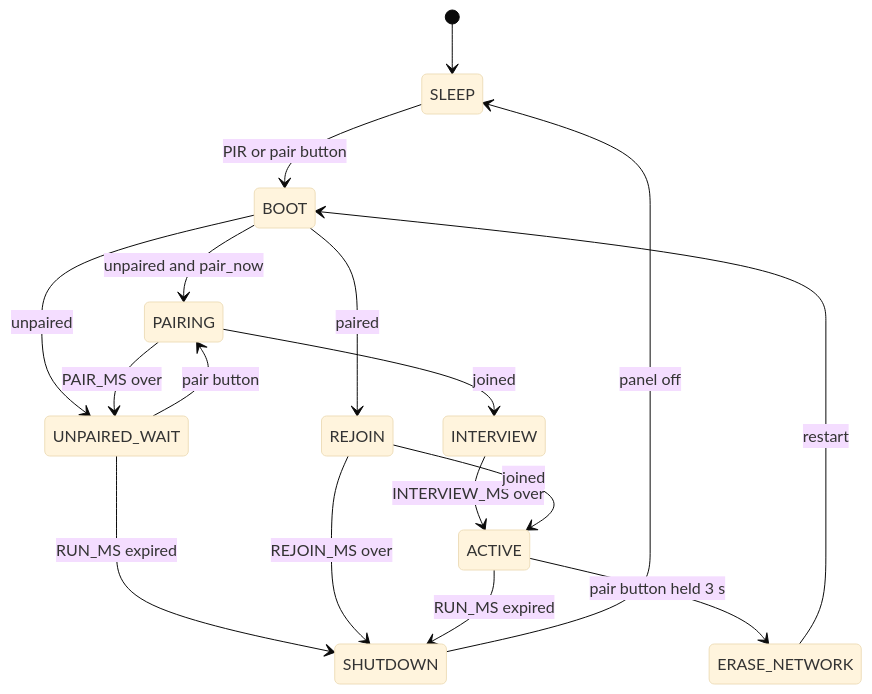
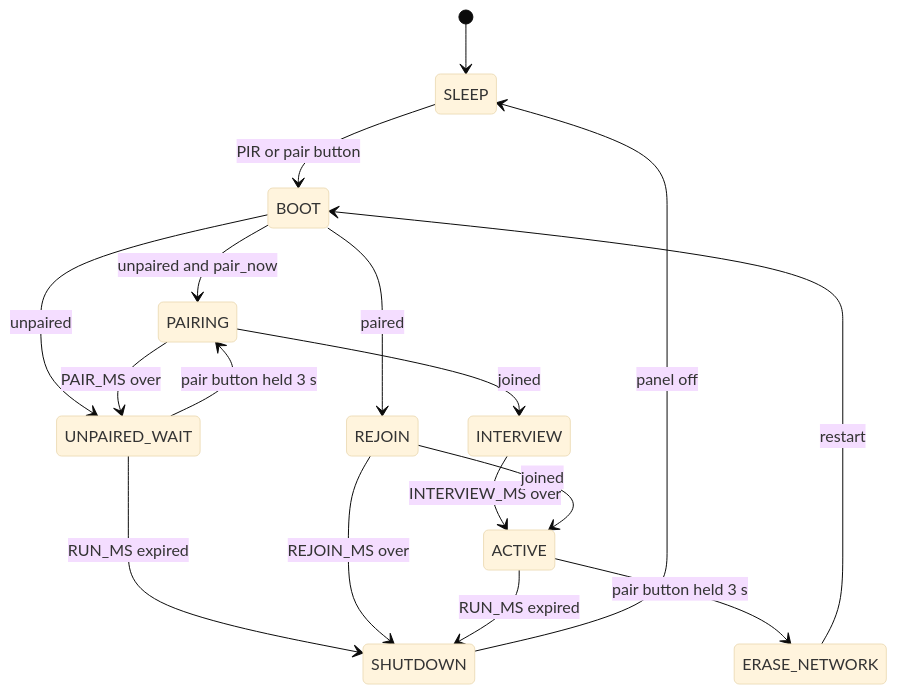
One commit to vgabor99/greenlight changed the diagram in DESIGN.md. Above: the diagram before and after it, drawn with Mermaid (base theme). The commit also changed other lines of this file and 2 other files, not shown here.

First line of the commit message:
Start pairing only on a long press of the pair button

````diff
--- a/DESIGN.md
+++ b/DESIGN.md
@@ -71,19 +71,19 @@
 ```mermaid
 stateDiagram-v2
     [*] --> SLEEP
     SLEEP --> BOOT: PIR or pair button
     BOOT --> REJOIN: paired
     BOOT --> PAIRING: unpaired and pair_now
     BOOT --> UNPAIRED_WAIT: unpaired
-    UNPAIRED_WAIT --> PAIRING: pair button
+    UNPAIRED_WAIT --> PAIRING: pair button held 3 s
     UNPAIRED_WAIT --> SHUTDOWN: RUN_MS expired
     PAIRING --> INTERVIEW: joined
     PAIRING --> UNPAIRED_WAIT: PAIR_MS over
     INTERVIEW --> ACTIVE: INTERVIEW_MS over
     REJOIN --> ACTIVE: joined
     REJOIN --> SHUTDOWN: REJOIN_MS over
     ACTIVE --> SHUTDOWN: RUN_MS expired
     ACTIVE --> ERASE_NETWORK: pair button held 3 s
     ERASE_NETWORK --> BOOT: restart
     SHUTDOWN --> SLEEP: panel off
 ```
````
